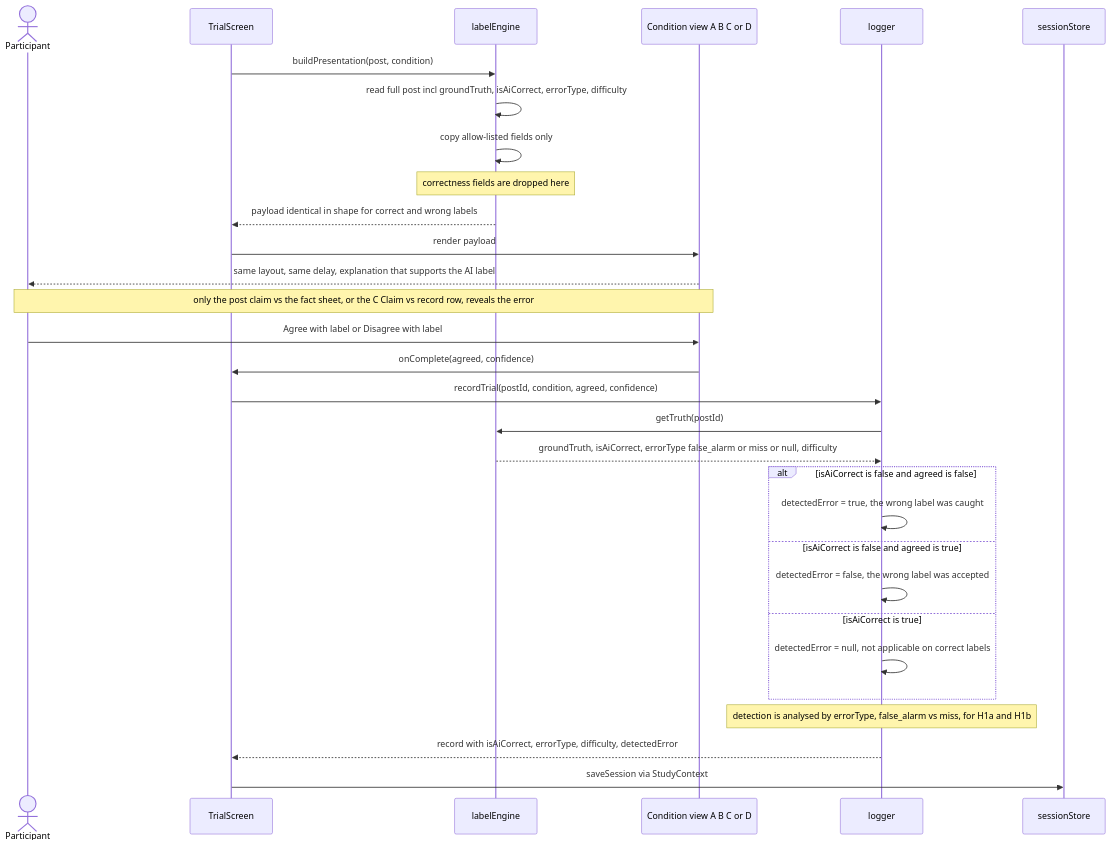
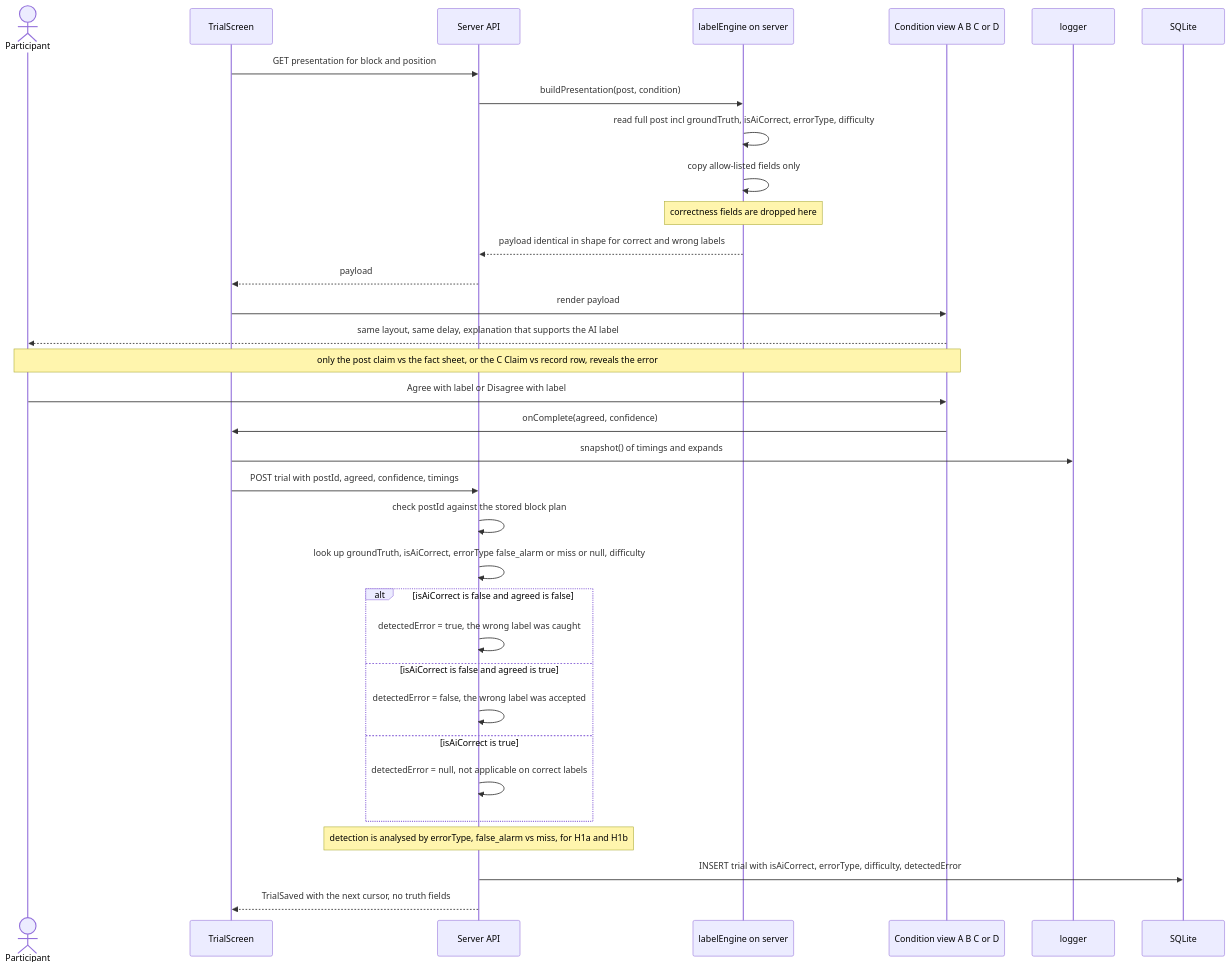
One commit to bibekgupta3333/HCI changed the seventh of 12 diagrams in docs/sequence-diagrams.md. Above: the diagram before and after it, drawn with Mermaid. The commit also changed other lines of this file and 87 other files, not shown here.

````diff
--- a/docs/sequence-diagrams.md
+++ b/docs/sequence-diagrams.md
@@ -328,33 +355,37 @@
 ```mermaid
 sequenceDiagram
     actor P as Participant
     participant Trial as TrialScreen
-    participant LE as labelEngine
+    participant API as Server API
+    participant LE as labelEngine on server
     participant View as Condition view A B C or D
     participant Log as logger
-    participant SS as sessionStore
+    participant DB as SQLite
 
-    Trial->>LE: buildPresentation(post, condition)
+    Trial->>API: GET presentation for block and position
+    API->>LE: buildPresentation(post, condition)
     LE->>LE: read full post incl groundTruth, isAiCorrect, errorType, difficulty
     LE->>LE: copy allow-listed fields only
     Note over LE: correctness fields are dropped here
-    LE-->>Trial: payload identical in shape for correct and wrong labels
+    LE-->>API: payload identical in shape for correct and wrong labels
+    API-->>Trial: payload
     Trial->>View: render payload
     View-->>P: same layout, same delay, explanation that supports the AI label
     Note over P,View: only the post claim vs the fact sheet, or the C Claim vs record row, reveals the error
     P->>View: Agree with label or Disagree with label
     View->>Trial: onComplete(agreed, confidence)
-    Trial->>Log: recordTrial(postId, condition, agreed, confidence)
-    Log->>LE: getTruth(postId)
-    LE-->>Log: groundTruth, isAiCorrect, errorType false_alarm or miss or null, difficulty
+    Trial->>Log: snapshot() of timings and expands
+    Trial->>API: POST trial with postId, agreed, confidence, timings
+    API->>API: check postId against the stored block plan
+    API->>API: look up groundTruth, isAiCorrect, errorType false_alarm or miss or null, difficulty
     alt isAiCorrect is false and agreed is false
-        Log->>Log: detectedError = true, the wrong label was caught
+        API->>API: detectedError = true, the wrong label was caught
     else isAiCorrect is false and agreed is true
-        Log->>Log: detectedError = false, the wrong label was accepted
+        API->>API: detectedError = false, the wrong label was accepted
     else isAiCorrect is true
-        Log->>Log: detectedError = null, not applicable on correct labels
+        API->>API: detectedError = null, not applicable on correct labels
     end
-    Note over Log: detection is analysed by errorType, false_alarm vs miss, for H1a and H1b
-    Log-->>Trial: record with isAiCorrect, errorType, difficulty, detectedError
-    Trial->>SS: saveSession via StudyContext
+    Note over API: detection is analysed by errorType, false_alarm vs miss, for H1a and H1b
+    API->>DB: INSERT trial with isAiCorrect, errorType, difficulty, detectedError
+    API-->>Trial: TrialSaved with the next cursor, no truth fields
 ```
````
